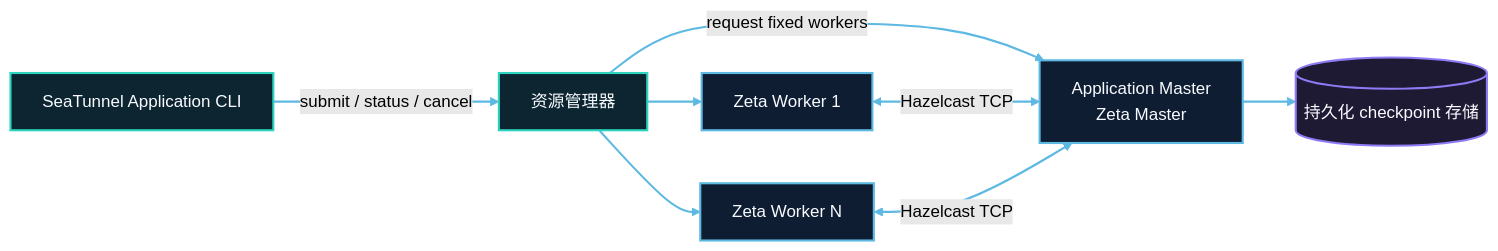
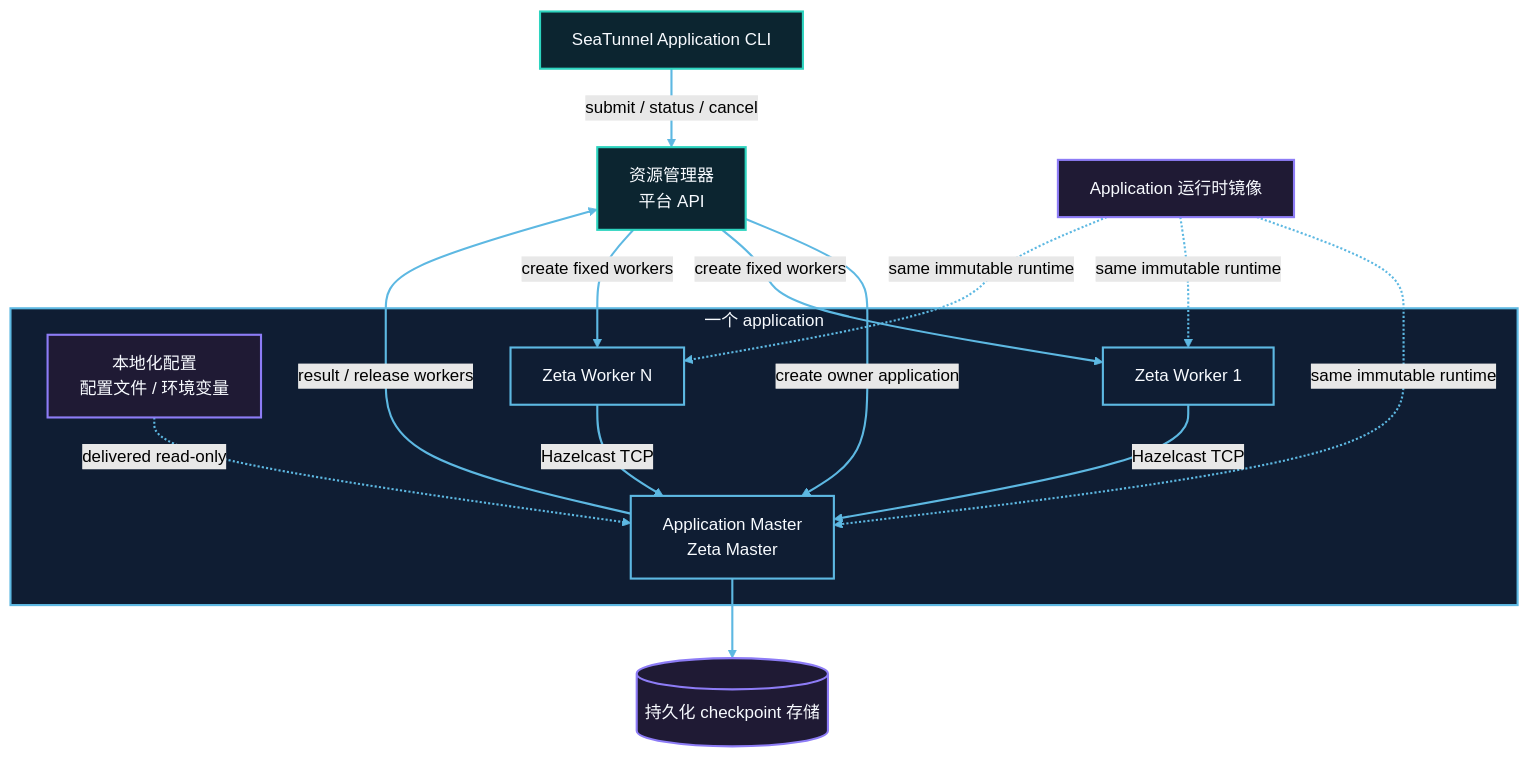
One commit to apache/seatunnel changed the diagram in docs/zh/getting-started/application/architecture.md. Above: the diagram before and after it, drawn with Mermaid (forest theme). The commit also changed 1 other file, not shown here.

Commit message:
[Docs][Zeta] Enrich the application mode topology diagram

````diff
--- a/docs/zh/getting-started/application/architecture.md
+++ b/docs/zh/getting-started/application/architecture.md
@@ -14,18 +14,35 @@
 ```mermaid
-flowchart LR
-    cli["SeaTunnel Application CLI"] -->|submit / status / cancel| manager["资源管理器"]
-    manager -->|request fixed workers| master["Application Master<br/>Zeta Master"]
-    manager --> worker1["Zeta Worker 1"]
-    manager --> workerN["Zeta Worker N"]
-    worker1 <-->|Hazelcast TCP| master
-    workerN <-->|Hazelcast TCP| master
-    master --> storage[("持久化 checkpoint 存储")]
+flowchart TB
+    cli["SeaTunnel Application CLI"]
+    manager["资源管理器<br/>平台 API"]
+    image["Application 运行时镜像"]
+    storage[("持久化 checkpoint 存储")]
+
+    subgraph app["一个 application"]
+        spec["本地化配置<br/>配置文件 / 环境变量"]
+        master["Application Master<br/>Zeta Master"]
+        worker1["Zeta Worker 1"]
+        workerN["Zeta Worker N"]
+    end
+
+    cli -->|submit / status / cancel| manager
+    manager -->|create owner application| master
+    spec -. delivered read-only .-> master
+    manager -->|create fixed workers| worker1
+    manager -->|create fixed workers| workerN
+    image -. same immutable runtime .-> master
+    image -. same immutable runtime .-> worker1
+    image -. same immutable runtime .-> workerN
+    worker1 -->|Hazelcast TCP| master
+    workerN -->|Hazelcast TCP| master
+    master -->|result / release workers| manager
+    master --> storage
 
     classDef layerCyan fill:#0c2530,stroke:#2dd4bf,stroke-width:2px,color:#f8fbff;
     classDef layerBlue fill:#0f1d33,stroke:#5db8e2,stroke-width:2px,color:#f8fbff;
     classDef layerPurple fill:#1f1a34,stroke:#8d7cf6,stroke-width:2px,color:#f8fbff;
     class cli,manager layerCyan;
-    class master,worker1,workerN layerBlue;
-    class storage layerPurple;
+    class app,master,worker1,workerN layerBlue;
+    class spec,image,storage layerPurple;
     linkStyle default stroke:#5db8e2,stroke-width:2px;
 ```
````
